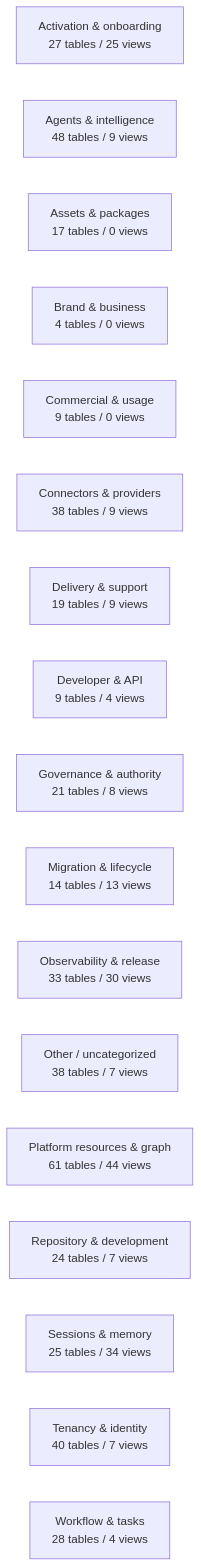
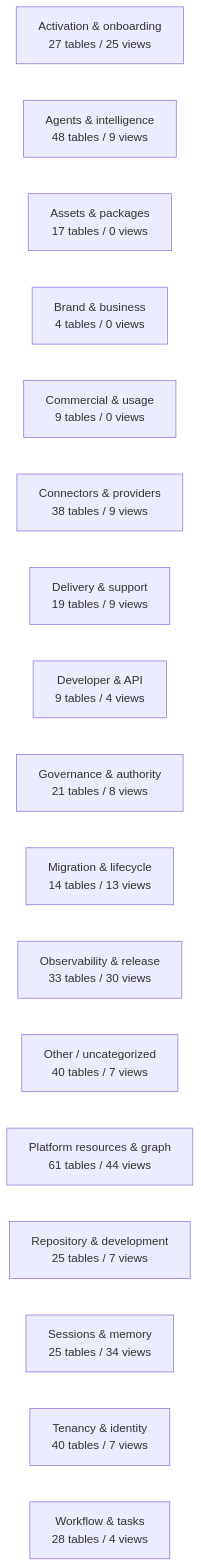
One commit to mad4bdigital-ai/multi-business-multi-role-growth-intelligence-os changed the diagram in docs/work-maps/data-model-domain-map.md. Above: the diagram before and after it, drawn with Mermaid. The commit also changed other lines of this file and 4 other files, not shown here.

````diff
--- a/docs/work-maps/data-model-domain-map.md
+++ b/docs/work-maps/data-model-domain-map.md
@@ -9,20 +9,20 @@
 ```mermaid
 flowchart LR
   n_Activation___onboarding["Activation & onboarding<br/>27 tables / 25 views"]
   n_Agents___intelligence["Agents & intelligence<br/>48 tables / 9 views"]
   n_Assets___packages["Assets & packages<br/>17 tables / 0 views"]
   n_Brand___business["Brand & business<br/>4 tables / 0 views"]
   n_Commercial___usage["Commercial & usage<br/>9 tables / 0 views"]
   n_Connectors___providers["Connectors & providers<br/>38 tables / 9 views"]
   n_Delivery___support["Delivery & support<br/>19 tables / 9 views"]
   n_Developer___API["Developer & API<br/>9 tables / 4 views"]
   n_Governance___authority["Governance & authority<br/>21 tables / 8 views"]
   n_Migration___lifecycle["Migration & lifecycle<br/>14 tables / 13 views"]
   n_Observability___release["Observability & release<br/>33 tables / 30 views"]
-  n_Other___uncategorized["Other / uncategorized<br/>38 tables / 7 views"]
+  n_Other___uncategorized["Other / uncategorized<br/>40 tables / 7 views"]
   n_Platform_resources___graph["Platform resources & graph<br/>61 tables / 44 views"]
-  n_Repository___development["Repository & development<br/>24 tables / 7 views"]
+  n_Repository___development["Repository & development<br/>25 tables / 7 views"]
   n_Sessions___memory["Sessions & memory<br/>25 tables / 34 views"]
   n_Tenancy___identity["Tenancy & identity<br/>40 tables / 7 views"]
   n_Workflow___tasks["Workflow & tasks<br/>28 tables / 4 views"]
 ```
````
